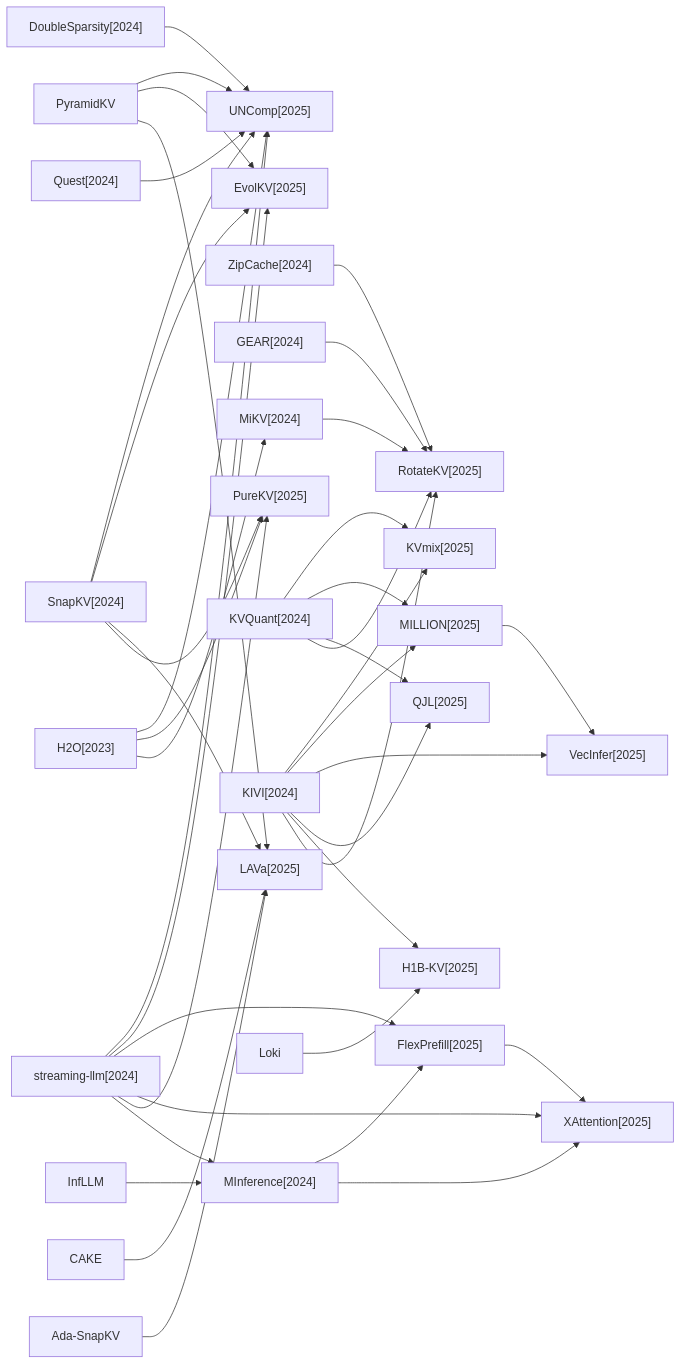
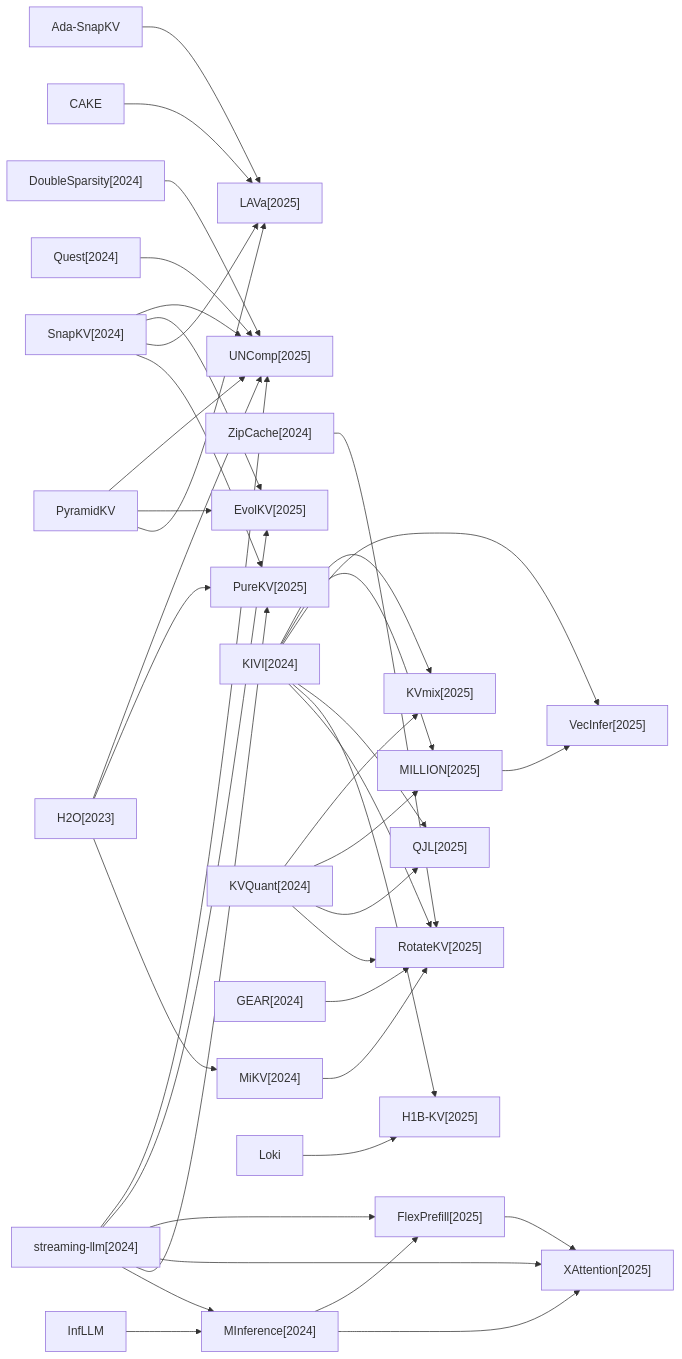
One commit to hustzxd/EfficientPaper changed the fourth of 5 diagrams in docs/baseline_methods_graph.md. Above: the diagram before and after it, drawn with Mermaid. The commit also changed other lines of this file and 13 other files, not shown here.

````diff
--- a/docs/baseline_methods_graph.md
+++ b/docs/baseline_methods_graph.md
@@ -57,70 +57,70 @@
 ```mermaid
 flowchart LR
+    Ada_SnapKV["Ada-SnapKV"]
+    2025_LAVa["LAVa[2025]"]
+    2025_H1B_KV["H1B-KV[2025]"]
+    2025_UNComp["UNComp[2025]"]
+    2025_FlexPrefill["FlexPrefill[2025]"]
+    2025_VecInfer["VecInfer[2025]"]
+    2024_ZipCache["ZipCache[2024]"]
+    2024_MiKV["MiKV[2024]"]
+    2024_DoubleSparsity["DoubleSparsity[2024]"]
+    2025_PureKV["PureKV[2025]"]
+    2024_KIVI["KIVI[2024]"]
+    2025_RotateKV["RotateKV[2025]"]
+    2023_H2O["H2O[2023]"]
+    2025_XAttention["XAttention[2025]"]
+    2024_KVQuant["KVQuant[2024]"]
+    2025_MILLION["MILLION[2025]"]
+    2025_KVmix["KVmix[2025]"]
+    2024_GEAR["GEAR[2024]"]
+    2024_MInference["MInference[2024]"]
+    CAKE["CAKE"]
+    2024_SnapKV["SnapKV[2024]"]
+    PyramidKV["PyramidKV"]
+    2024_Quest["Quest[2024]"]
+    InfLLM["InfLLM"]
+    Loki["Loki"]
+    2024_streaming_llm["streaming-llm[2024]"]
     2025_EvolKV["EvolKV[2025]"]
-    2025_MILLION["MILLION[2025]"]
-    2025_UNComp["UNComp[2025]"]
-    2024_ZipCache["ZipCache[2024]"]
-    2025_RotateKV["RotateKV[2025]"]
-    2024_GEAR["GEAR[2024]"]
-    2024_MiKV["MiKV[2024]"]
-    2025_XAttention["XAttention[2025]"]
-    CAKE["CAKE"]
-    2025_H1B_KV["H1B-KV[2025]"]
-    PyramidKV["PyramidKV"]
-    InfLLM["InfLLM"]
-    2025_PureKV["PureKV[2025]"]
-    2024_DoubleSparsity["DoubleSparsity[2024]"]
-    2024_KVQuant["KVQuant[2024]"]
-    2025_FlexPrefill["FlexPrefill[2025]"]
-    2023_H2O["H2O[2023]"]
-    2024_KIVI["KIVI[2024]"]
     2025_QJL["QJL[2025]"]
-    Ada_SnapKV["Ada-SnapKV"]
-    2025_VecInfer["VecInfer[2025]"]
-    2025_LAVa["LAVa[2025]"]
-    2024_SnapKV["SnapKV[2024]"]
-    2025_KVmix["KVmix[2025]"]
-    2024_streaming_llm["streaming-llm[2024]"]
-    2024_MInference["MInference[2024]"]
-    2024_Quest["Quest[2024]"]
-    Loki["Loki"]
-    2025_MILLION --> 2025_VecInfer
+    Ada_SnapKV --> 2025_LAVa
+    2025_FlexPrefill --> 2025_XAttention
     2024_ZipCache --> 2025_RotateKV
-    2024_GEAR --> 2025_RotateKV
     2024_MiKV --> 2025_RotateKV
-    CAKE --> 2025_LAVa
-    PyramidKV --> 2025_UNComp
-    PyramidKV --> 2025_EvolKV
-    PyramidKV --> 2025_LAVa
-    InfLLM --> 2024_MInference
     2024_DoubleSparsity --> 2025_UNComp
-    2024_KVQuant --> 2025_KVmix
-    2024_KVQuant --> 2025_MILLION
-    2024_KVQuant --> 2025_QJL
-    2024_KVQuant --> 2025_RotateKV
-    2025_FlexPrefill --> 2025_XAttention
-    2023_H2O --> 2025_UNComp
-    2023_H2O --> 2025_PureKV
-    2023_H2O --> 2024_MiKV
     2024_KIVI --> 2025_KVmix
     2024_KIVI --> 2025_MILLION
     2024_KIVI --> 2025_VecInfer
     2024_KIVI --> 2025_QJL
     2024_KIVI --> 2025_H1B_KV
     2024_KIVI --> 2025_RotateKV
-    Ada_SnapKV --> 2025_LAVa
+    2023_H2O --> 2025_UNComp
+    2023_H2O --> 2025_PureKV
+    2023_H2O --> 2024_MiKV
+    2024_KVQuant --> 2025_KVmix
+    2024_KVQuant --> 2025_MILLION
+    2024_KVQuant --> 2025_QJL
+    2024_KVQuant --> 2025_RotateKV
+    2025_MILLION --> 2025_VecInfer
+    2024_GEAR --> 2025_RotateKV
+    2024_MInference --> 2025_FlexPrefill
+    2024_MInference --> 2025_XAttention
+    CAKE --> 2025_LAVa
     2024_SnapKV --> 2025_UNComp
     2024_SnapKV --> 2025_EvolKV
     2024_SnapKV --> 2025_LAVa
     2024_SnapKV --> 2025_PureKV
+    PyramidKV --> 2025_UNComp
+    PyramidKV --> 2025_EvolKV
+    PyramidKV --> 2025_LAVa
+    2024_Quest --> 2025_UNComp
+    InfLLM --> 2024_MInference
+    Loki --> 2025_H1B_KV
     2024_streaming_llm --> 2025_UNComp
     2024_streaming_llm --> 2025_EvolKV
     2024_streaming_llm --> 2025_FlexPrefill
     2024_streaming_llm --> 2025_XAttention
     2024_streaming_llm --> 2025_PureKV
     2024_streaming_llm --> 2024_MInference
-    2024_MInference --> 2025_FlexPrefill
-    2024_MInference --> 2025_XAttention
-    2024_Quest --> 2025_UNComp
-    Loki --> 2025_H1B_KV
 ```
````
